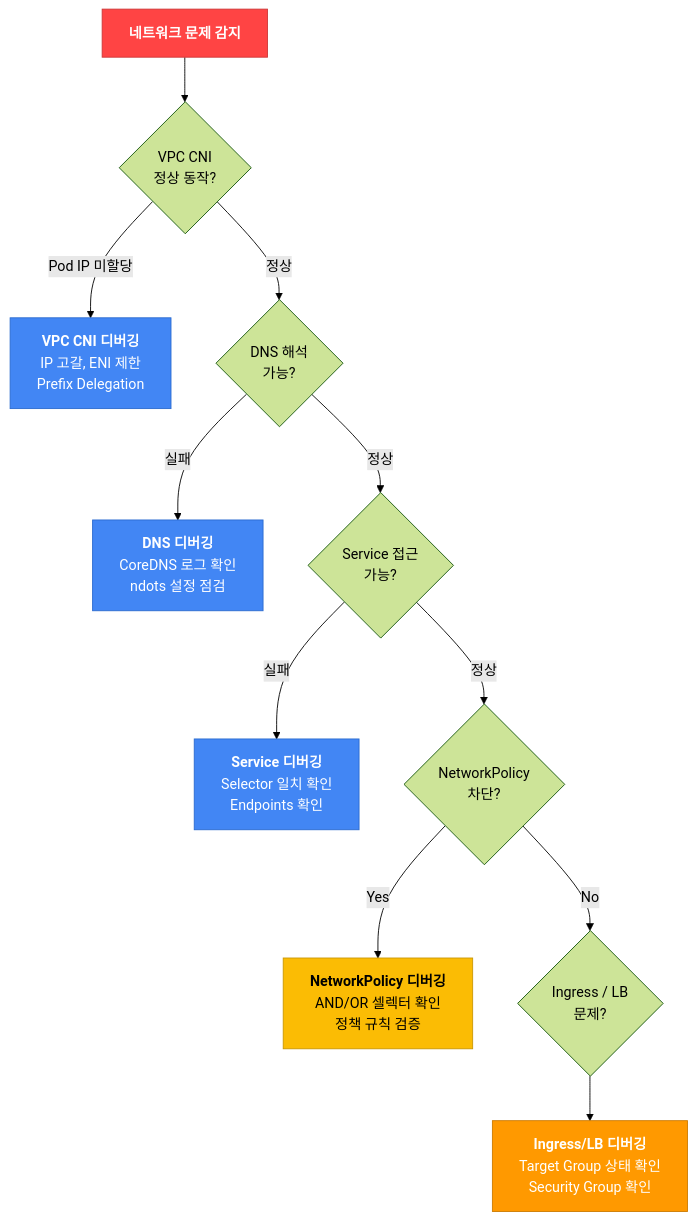
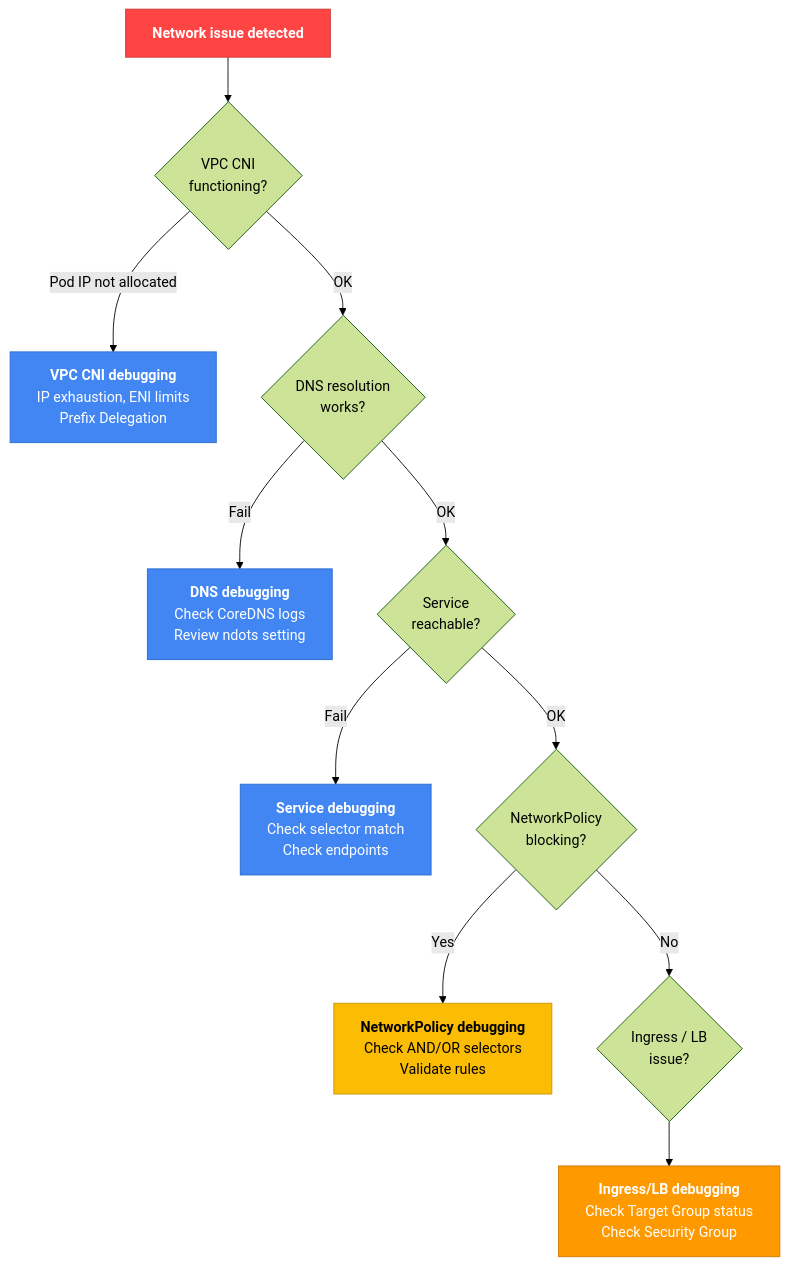
Before and after one commit to devfloor9/engineering-playbook: the diagram in docs/eks-best-practices/operations-reliability/eks-debugging/networking.md, drawn with Mermaid (forest theme). The commit also changed other lines of this file and 954 other files, not shown here.

````diff
--- a/docs/eks-best-practices/operations-reliability/eks-debugging/networking.md
+++ b/docs/eks-best-practices/operations-reliability/eks-debugging/networking.md
@@ -22,44 +22,44 @@
 ```mermaid
 flowchart TD
-    NET_ISSUE["`**네트워크 문제 감지**`"] --> CHECK_CNI{"`VPC CNI
-    정상 동작?`"}
+    NET_ISSUE["`**Network issue detected**`"] --> CHECK_CNI{"`VPC CNI
+    functioning?`"}
 
-    CHECK_CNI -->|Pod IP 미할당| CNI_DEBUG["`**VPC CNI 디버깅**
-    IP 고갈, ENI 제한
+    CHECK_CNI -->|Pod IP not allocated| CNI_DEBUG["`**VPC CNI debugging**
+    IP exhaustion, ENI limits
     Prefix Delegation`"]
 
-    CHECK_CNI -->|정상| CHECK_DNS{"`DNS 해석
-    가능?`"}
+    CHECK_CNI -->|OK| CHECK_DNS{"`DNS resolution
+    works?`"}
 
-    CHECK_DNS -->|실패| DNS_DEBUG["`**DNS 디버깅**
-    CoreDNS 로그 확인
-    ndots 설정 점검`"]
+    CHECK_DNS -->|Fail| DNS_DEBUG["`**DNS debugging**
+    Check CoreDNS logs
+    Review ndots setting`"]
 
-    CHECK_DNS -->|정상| CHECK_SVC{"`Service 접근
-    가능?`"}
+    CHECK_DNS -->|OK| CHECK_SVC{"`Service
+    reachable?`"}
 
-    CHECK_SVC -->|실패| SVC_DEBUG["`**Service 디버깅**
-    Selector 일치 확인
-    Endpoints 확인`"]
+    CHECK_SVC -->|Fail| SVC_DEBUG["`**Service debugging**
+    Check selector match
+    Check endpoints`"]
 
-    CHECK_SVC -->|정상| CHECK_NP{"`NetworkPolicy
-    차단?`"}
+    CHECK_SVC -->|OK| CHECK_NP{"`NetworkPolicy
+    blocking?`"}
 
-    CHECK_NP -->|Yes| NP_DEBUG["`**NetworkPolicy 디버깅**
-    AND/OR 셀렉터 확인
-    정책 규칙 검증`"]
+    CHECK_NP -->|Yes| NP_DEBUG["`**NetworkPolicy debugging**
+    Check AND/OR selectors
+    Validate rules`"]
 
     CHECK_NP -->|No| CHECK_LB{"`Ingress / LB
-    문제?`"}
+    issue?`"}
 
-    CHECK_LB --> LB_DEBUG["`**Ingress/LB 디버깅**
-    Target Group 상태 확인
-    Security Group 확인`"]
+    CHECK_LB --> LB_DEBUG["`**Ingress/LB debugging**
+    Check Target Group status
+    Check Security Group`"]
 
     style NET_ISSUE fill:#ff4444,stroke:#cc3636,color:#fff
     style CNI_DEBUG fill:#4286f4,stroke:#2a6acf,color:#fff
     style DNS_DEBUG fill:#4286f4,stroke:#2a6acf,color:#fff
     style SVC_DEBUG fill:#4286f4,stroke:#2a6acf,color:#fff
     style NP_DEBUG fill:#fbbc04,stroke:#c99603,color:#000
     style LB_DEBUG fill:#ff9900,stroke:#cc7a00,color:#fff
 ```
````
